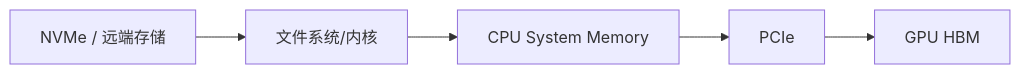
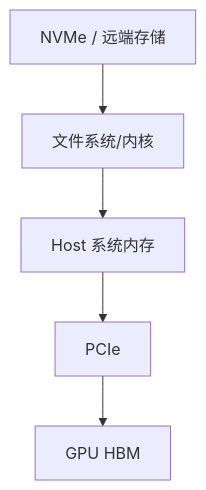
One commit to newswitch/newswitch.github.io changed the first of 3 diagrams in docs/storage/ai-workloads/02-GPUDirect-Storage原理与实践.md. Above: the diagram before and after it, drawn with Mermaid. The commit also changed other lines of this file and 15 other files, not shown here.

````diff
--- a/docs/storage/ai-workloads/02-GPUDirect-Storage原理与实践.md
+++ b/docs/storage/ai-workloads/02-GPUDirect-Storage原理与实践.md
@@ -57,7 +59,7 @@
 ```mermaid
-flowchart LR
+flowchart TD
     S["NVMe / 远端存储"] --> K["文件系统/内核"]
-    K --> R["CPU System Memory"]
+    K --> R["Host 系统内存"]
     R --> P["PCIe"]
     P --> H["GPU HBM"]
 ```
````
